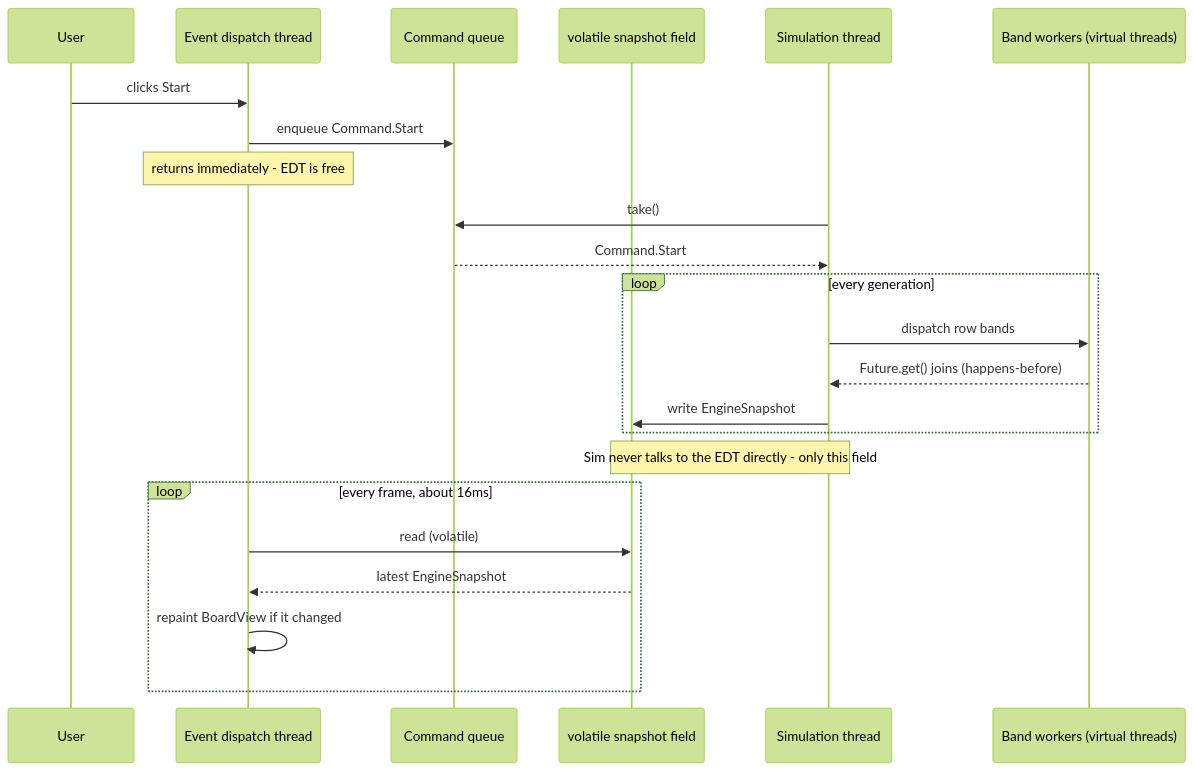
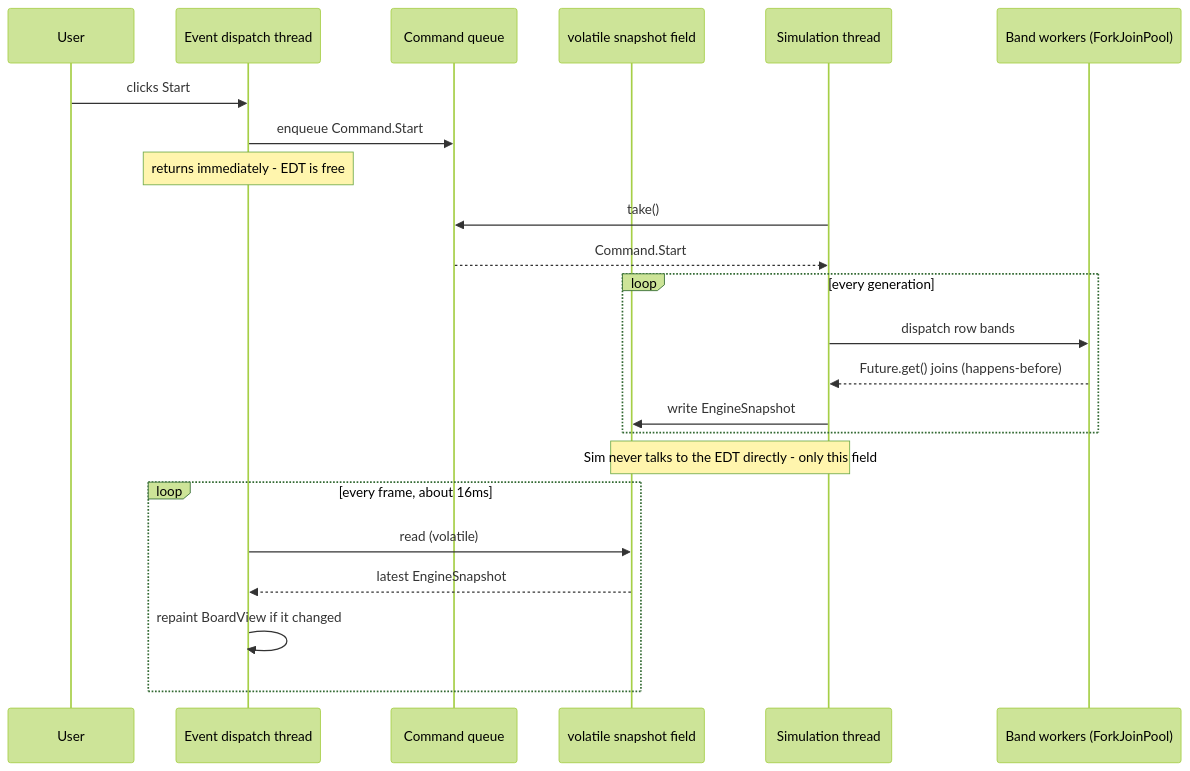
The second of 2 diagrams in README.md (ymoroz89/conway-game-of-life-gui), drawn with Mermaid (forest theme) before and after one commit. The commit also changed other lines of this file and 24 other files, not shown here.

````diff
--- a/README.md
+++ b/README.md
@@ -287,29 +297,29 @@
 ```mermaid
 sequenceDiagram
     participant User
     participant EDT as Event dispatch thread
     participant Queue as Command queue
     participant Snap as volatile snapshot field
     participant Sim as Simulation thread
-    participant Workers as Band workers (virtual threads)
+    participant Workers as Band workers (ForkJoinPool)
 
     User->>EDT: clicks Start
     EDT->>Queue: enqueue Command.Start
     Note over EDT: returns immediately - EDT is free
     Sim->>Queue: take()
     Queue-->>Sim: Command.Start
 
     loop every generation
         Sim->>Workers: dispatch row bands
         Workers-->>Sim: Future.get() joins (happens-before)
         Sim->>Snap: write EngineSnapshot
     end
 
     Note over Snap,Sim: Sim never talks to the EDT directly - only this field
 
     loop every frame, about 16ms
         EDT->>Snap: read (volatile)
         Snap-->>EDT: latest EngineSnapshot
         EDT->>EDT: repaint BoardView if it changed
     end
 ```
````
